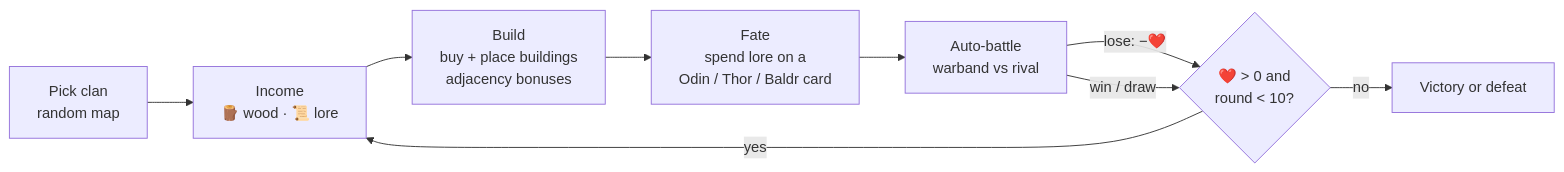
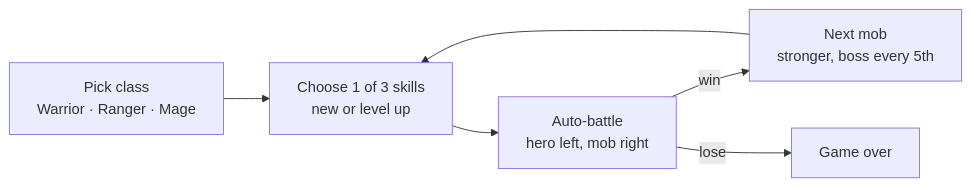
One commit to omygod9138/auto-battler changed the diagram in README.md. Above: the diagram before and after it, drawn with Mermaid. The commit also changed other lines of this file and 21 other files, not shown here.

````diff
--- a/README.md
+++ b/README.md
@@ -18,11 +16,8 @@
 ```mermaid
 flowchart LR
-  C[Pick clan<br/>random map] --> I
-  I[Income<br/>🪵 wood · 📜 lore] --> B[Build<br/>buy + place buildings<br/>adjacency bonuses]
-  B --> F[Fate<br/>spend lore on a<br/>Odin / Thor / Baldr card]
-  F --> X[Auto-battle<br/>warband vs rival]
-  X -->|lose: −❤️| E{❤️ > 0 and<br/>round < 10?}
-  X -->|win / draw| E
-  E -->|yes| I
-  E -->|no| G[Victory or defeat]
+  C[Pick class<br/>Warrior · Ranger · Mage] --> S[Choose 1 of 3 skills<br/>new or level up]
+  S --> B[Auto-battle<br/>hero left, mob right]
+  B -->|win| N[Next mob<br/>stronger, boss every 5th]
+  N --> S
+  B -->|lose| O[Game over]
 ```
````
